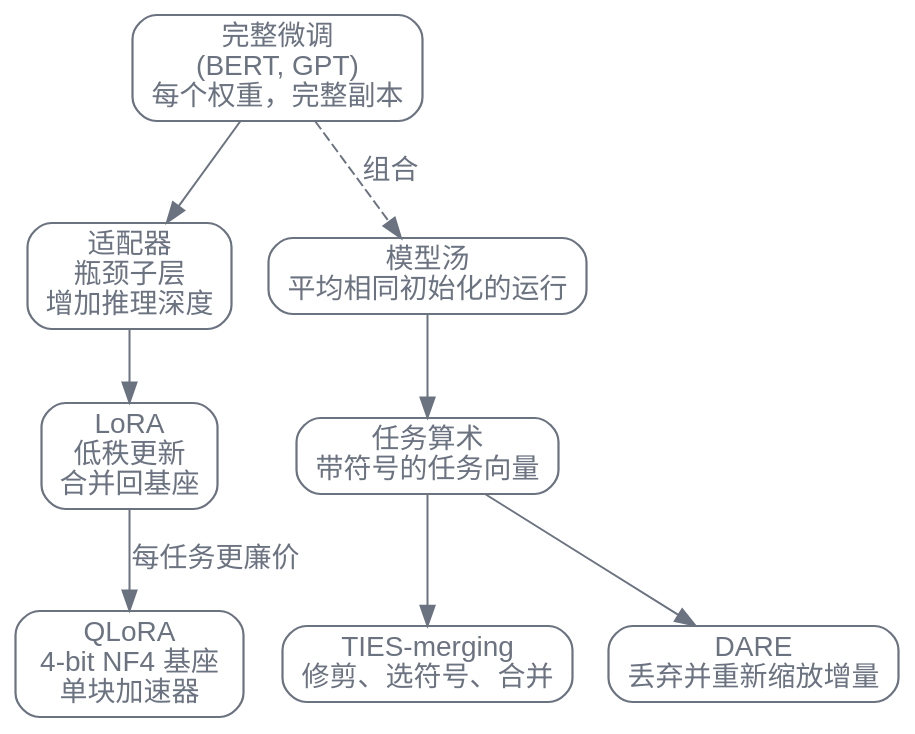
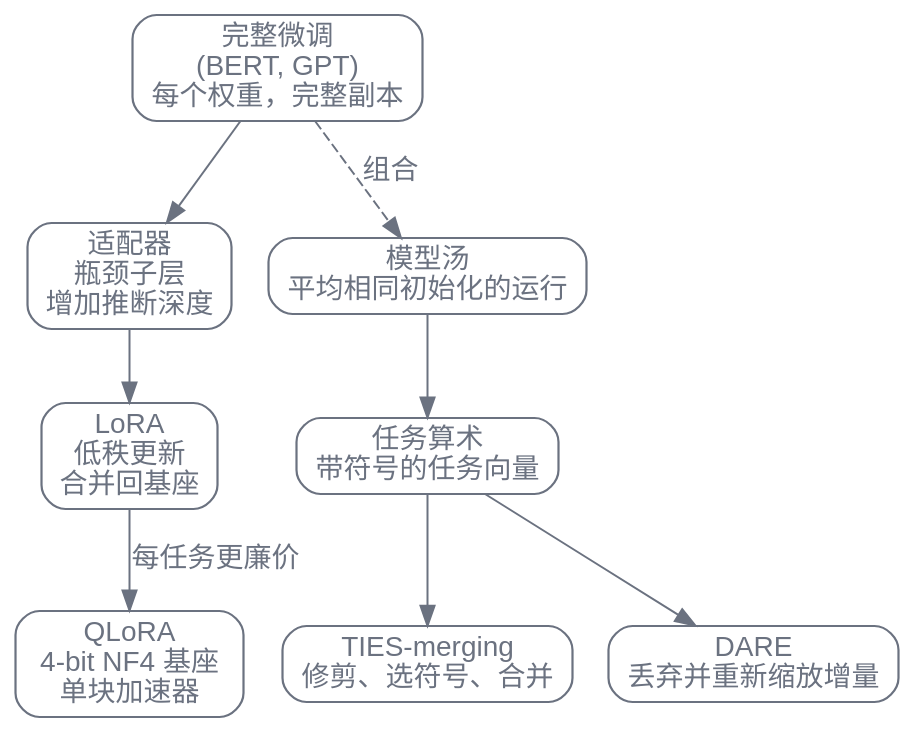
Before and after one commit to latere-ai/ai-as-an-infrastructure: the second of 3 diagrams in zh/adaptation/01-sft-peft.qmd, drawn with Graphviz. The commit also changed other lines of this file and 128 other files, not shown here.

````diff
--- a/zh/adaptation/01-sft-peft.qmd
+++ b/zh/adaptation/01-sft-peft.qmd
@@ -91,27 +91,27 @@
 ```{dot}
 //| label: fig-sft-peft-lineage
 //| fig-cap: "适配的两条谱系。效率主线把每任务成本从一份完整副本压到单卡；合并支线把已完成的检查点组合起来，无需再训练。"
 digraph {
   rankdir=TB;
   bgcolor="transparent";
   node [shape=box, style="rounded", fontname="Helvetica", color="#6b7280", fontcolor="#6b7280", penwidth=1.1];
   edge [color="#6b7280", fontcolor="#6b7280"];
 
   full [label="完整微调\n(BERT, GPT)\n每个权重，完整副本"];
-  adapt [label="适配器\n瓶颈子层\n增加推理深度"];
+  adapt [label="适配器\n瓶颈子层\n增加推断深度"];
   lora [label="LoRA\n低秩更新\n合并回基座"];
   qlora [label="QLoRA\n4-bit NF4 基座\n单块加速器"];
 
   soup [label="模型汤\n平均相同初始化的运行"];
   task [label="任务算术\n带符号的任务向量"];
   ties [label="TIES-merging\n修剪、选符号、合并"];
   dare [label="DARE\n丢弃并重新缩放增量"];
 
   full -> adapt;
   adapt -> lora;
   lora -> qlora [label="每任务更廉价"];
   full -> soup [style=dashed, label="组合"];
   soup -> task -> ties;
   task -> dare;
 }
 ```
````
